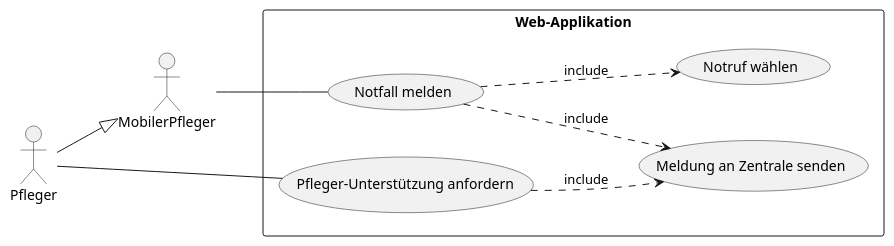
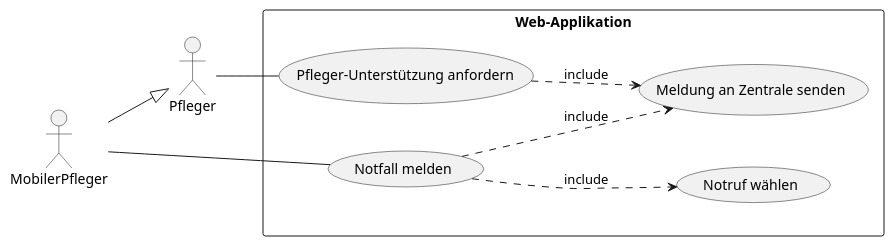
One commit to moera1/ch.bfh.bti7081.s2020.green changed the diagram in doc/task02/usecases/NotrufAnfordern.puml. Above: the diagram before and after it, drawn with PlantUML.

Commit message:
fix: Mistake in inheritance.

```diff
--- a/doc/task02/usecases/NotrufAnfordern.puml
+++ b/doc/task02/usecases/NotrufAnfordern.puml
@@ -1,14 +1,14 @@
 @startuml
 left to right direction
 skinparam packageStyle rectangle
 actor Pfleger
 actor MobilerPfleger
-Pfleger --|> MobilerPfleger
+MobilerPfleger --|> Pfleger
 rectangle Web-Applikation {
  Pfleger -- (Pfleger-Unterstützung anfordern)
  MobilerPfleger -- (Notfall melden)
  (Notfall melden) .-> (Meldung an Zentrale senden): include
  (Pfleger-Unterstützung anfordern) .-> (Meldung an Zentrale senden): include
  (Notfall melden) .-> (Notruf wählen): include
 }
 @enduml
```
